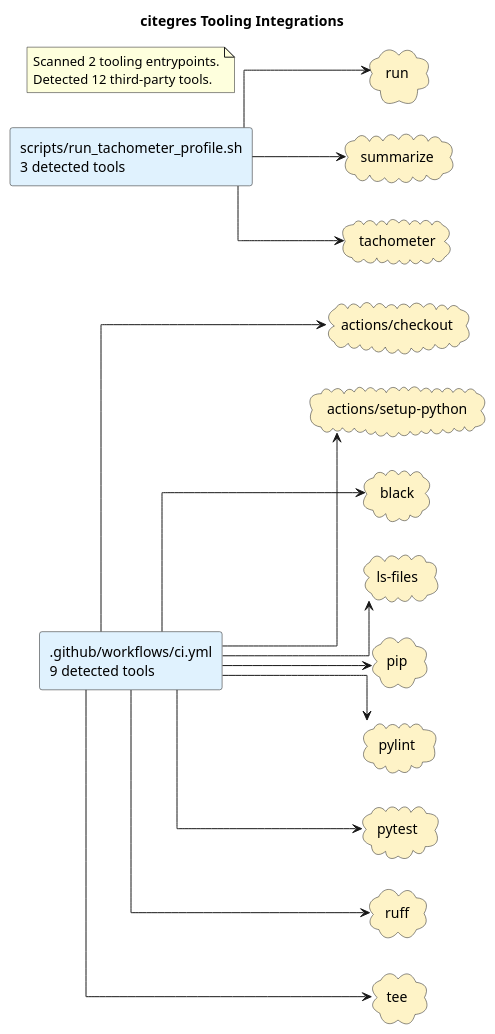
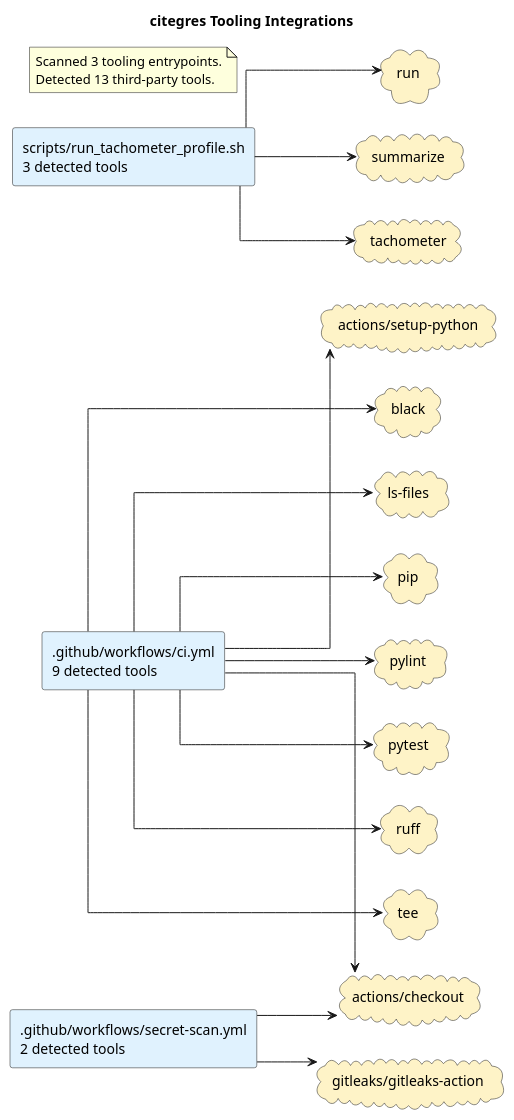
One commit to casonk/citegres changed the diagram in docs/diagrams/tooling-integrations.puml. Above: the diagram before and after it, drawn with PlantUML. The commit also changed 5 other files, not shown here.

First line of the commit message:
docs: refresh diagrams; ci: exclude baseline from workspace-path scan

```diff
--- a/docs/diagrams/tooling-integrations.puml
+++ b/docs/diagrams/tooling-integrations.puml
@@ -1,38 +1,42 @@
 @startuml
 title citegres Tooling Integrations
 left to right direction
 skinparam shadowing false
 skinparam defaultFontName Monospace
 skinparam componentStyle rectangle
 skinparam linetype ortho
 rectangle ".github/workflows/ci.yml\n9 detected tools" as source_github_workflows_ci_yml #E0F2FE
+rectangle ".github/workflows/secret-scan.yml\n2 detected tools" as source_github_workflows_secret_scan_yml #E0F2FE
 rectangle "scripts/run_tachometer_profile.sh\n3 detected tools" as source_scripts_run_tachometer_profile_sh #E0F2FE
 cloud "actions/checkout" as tool_actions_checkout #FEF3C7
 cloud "actions/setup-python" as tool_actions_setup_python #FEF3C7
 cloud "black" as tool_black #FEF3C7
+cloud "gitleaks/gitleaks-action" as tool_gitleaks_gitleaks_action #FEF3C7
 cloud "ls-files" as tool_ls_files #FEF3C7
 cloud "pip" as tool_pip #FEF3C7
 cloud "pylint" as tool_pylint #FEF3C7
 cloud "pytest" as tool_pytest #FEF3C7
 cloud "ruff" as tool_ruff #FEF3C7
 cloud "run" as tool_run #FEF3C7
 cloud "summarize" as tool_summarize #FEF3C7
 cloud "tachometer" as tool_tachometer #FEF3C7
 cloud "tee" as tool_tee #FEF3C7
 source_github_workflows_ci_yml --> tool_actions_checkout
 source_github_workflows_ci_yml --> tool_actions_setup_python
 source_github_workflows_ci_yml --> tool_black
 source_github_workflows_ci_yml --> tool_ls_files
 source_github_workflows_ci_yml --> tool_pip
 source_github_workflows_ci_yml --> tool_pylint
 source_github_workflows_ci_yml --> tool_pytest
 source_github_workflows_ci_yml --> tool_ruff
 source_github_workflows_ci_yml --> tool_tee
+source_github_workflows_secret_scan_yml --> tool_actions_checkout
+source_github_workflows_secret_scan_yml --> tool_gitleaks_gitleaks_action
 source_scripts_run_tachometer_profile_sh --> tool_run
 source_scripts_run_tachometer_profile_sh --> tool_summarize
 source_scripts_run_tachometer_profile_sh --> tool_tachometer
 note as toolingGraphSummary
-Scanned 2 tooling entrypoints.
-Detected 12 third-party tools.
+Scanned 3 tooling entrypoints.
+Detected 13 third-party tools.
 end note
 @enduml
```
